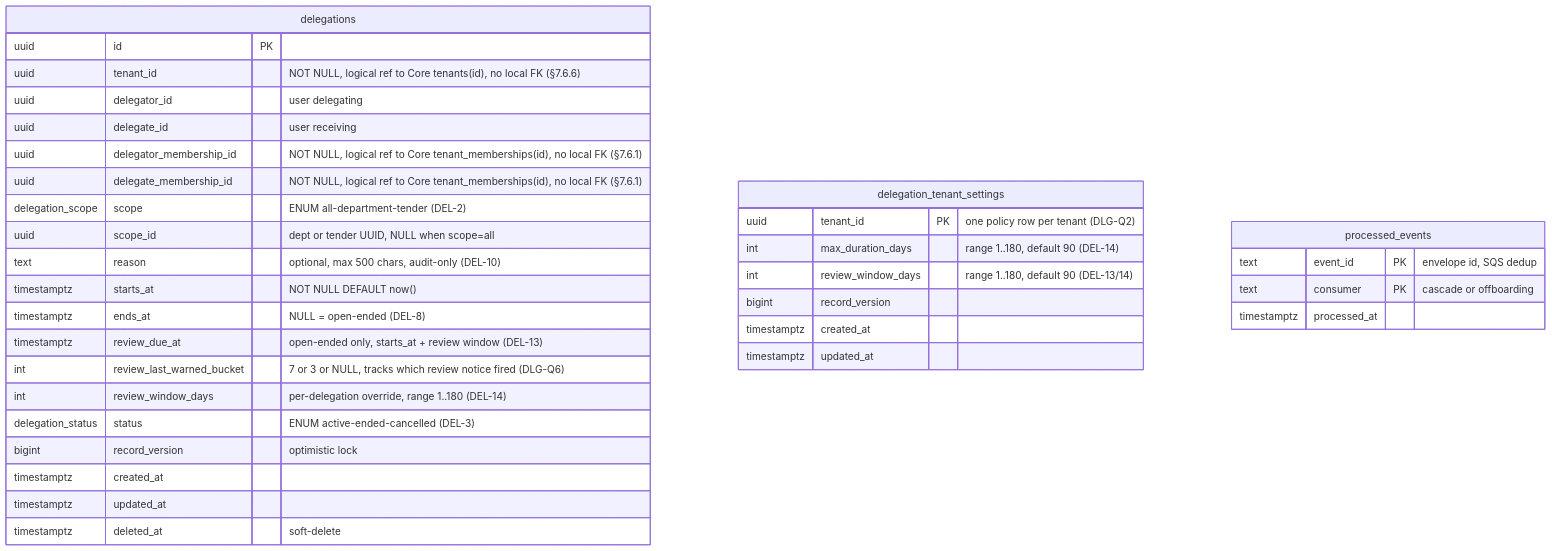
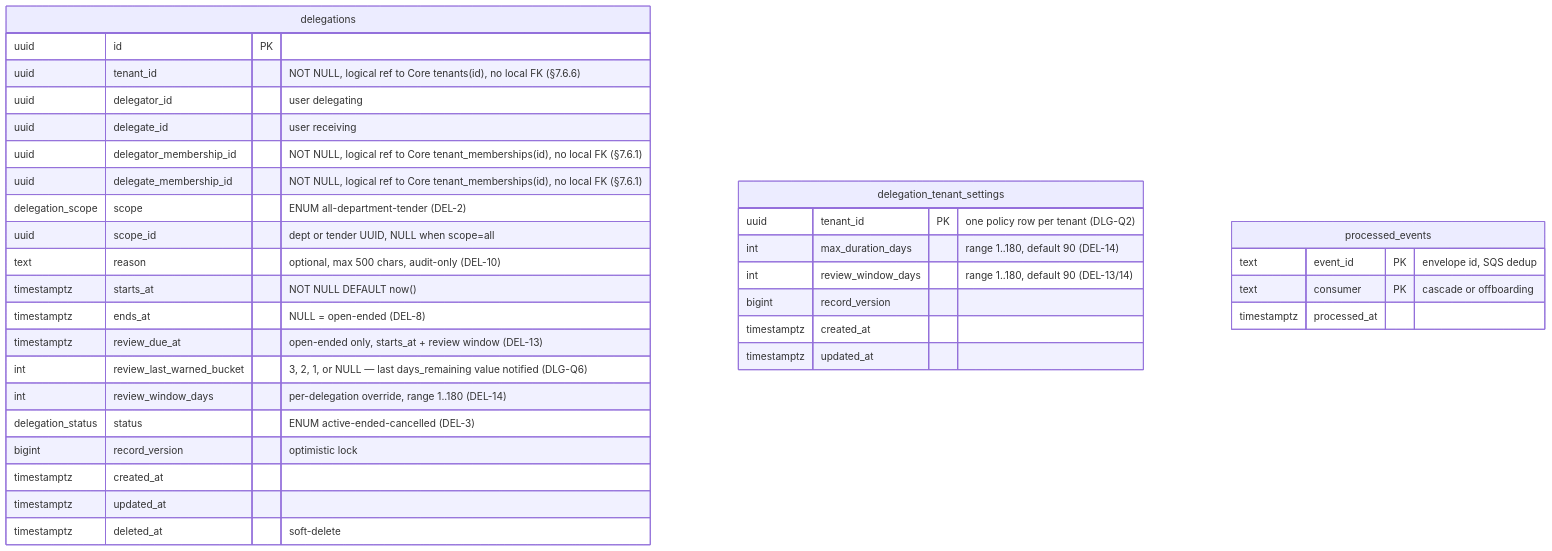
The first of 8 diagrams in docs/lld/iam-lld-delegation-service.md (BCBP-SOLUTIONS-FZC-LLC/iam-delegation), drawn with Mermaid before and after one commit. The commit also changed other lines of this file and 28 other files, not shown here.

````diff
--- a/docs/lld/iam-lld-delegation-service.md
+++ b/docs/lld/iam-lld-delegation-service.md
@@ -220,37 +221,37 @@
 ```mermaid
 erDiagram
     delegations {
         uuid id PK
         uuid tenant_id "NOT NULL, logical ref to Core tenants(id), no local FK (§7.6.6)"
         uuid delegator_id "user delegating"
         uuid delegate_id "user receiving"
         uuid delegator_membership_id "NOT NULL, logical ref to Core tenant_memberships(id), no local FK (§7.6.1)"
         uuid delegate_membership_id "NOT NULL, logical ref to Core tenant_memberships(id), no local FK (§7.6.1)"
         delegation_scope scope "ENUM all-department-tender (DEL-2)"
         uuid scope_id "dept or tender UUID, NULL when scope=all"
         text reason "optional, max 500 chars, audit-only (DEL-10)"
         timestamptz starts_at "NOT NULL DEFAULT now()"
         timestamptz ends_at "NULL = open-ended (DEL-8)"
         timestamptz review_due_at "open-ended only, starts_at + review window (DEL-13)"
-        int review_last_warned_bucket "7 or 3 or NULL, tracks which review notice fired (DLG-Q6)"
+        int review_last_warned_bucket "3, 2, 1, or NULL — last days_remaining value notified (DLG-Q6)"
         int review_window_days "per-delegation override, range 1..180 (DEL-14)"
         delegation_status status "ENUM active-ended-cancelled (DEL-3)"
         bigint record_version "optimistic lock"
         timestamptz created_at
         timestamptz updated_at
         timestamptz deleted_at "soft-delete"
     }
     delegation_tenant_settings {
         uuid tenant_id PK "one policy row per tenant (DLG-Q2)"
         int max_duration_days "range 1..180, default 90 (DEL-14)"
         int review_window_days "range 1..180, default 90 (DEL-13/14)"
         bigint record_version
         timestamptz created_at
         timestamptz updated_at
     }
     processed_events {
         text event_id PK "envelope id, SQS dedup"
         text consumer PK "cascade or offboarding"
         timestamptz processed_at
     }
 ```
````
